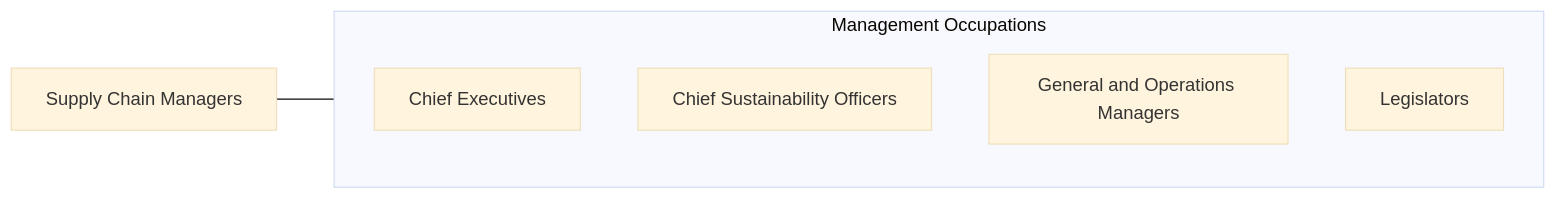
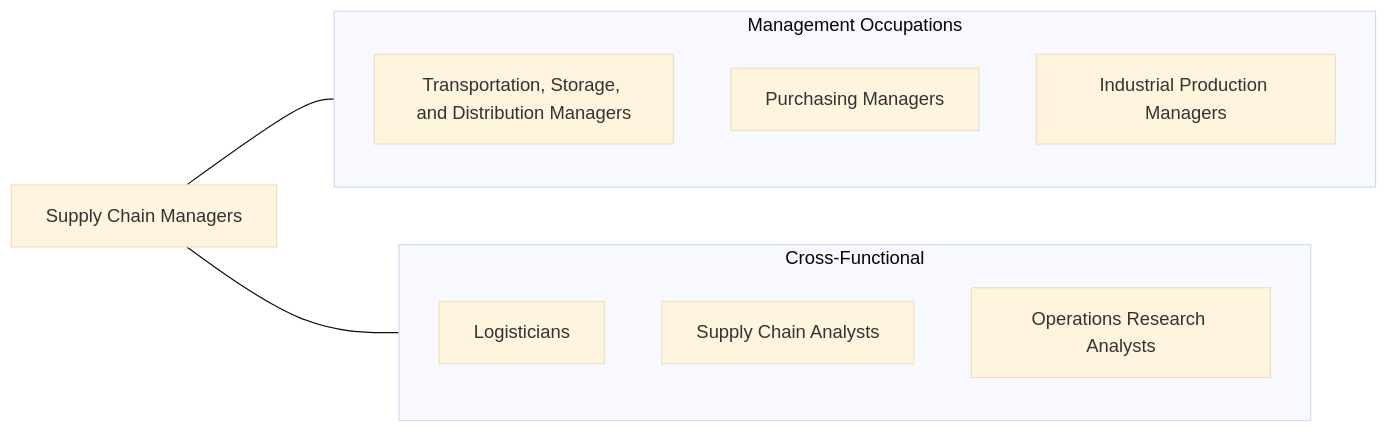
One commit to kziemski/business.org.ai changed the fourth of 4 diagrams in occupations/Management/SupplyChainManagers.mdx. Above: the diagram before and after it, drawn with Mermaid (base theme). The commit also changed other lines of this file and 938 other files, not shown here.

````diff
--- a/occupations/Management/SupplyChainManagers.mdx
+++ b/occupations/Management/SupplyChainManagers.mdx
@@ -116,13 +168,19 @@
 ```mermaid
 graph LR
-    Current["Supply Chain Managers"]
+    SCM["Supply Chain Managers"]
 
     subgraph SameCategory["Management Occupations"]
-        ChiefExecutives["Chief Executives"]
-        ChiefSustainabilityO["Chief Sustainability Officers"]
-        GeneralAndOperations["General and Operations Managers"]
-        Legislators["Legislators"]
+        TSD["Transportation, Storage, and Distribution Managers"]
+        PM["Purchasing Managers"]
+        IPM["Industrial Production Managers"]
     end
 
-    Current --- SameCategory
+    subgraph CrossFunctional["Cross-Functional"]
+        Log["Logisticians"]
+        SCA["Supply Chain Analysts"]
+        OpsR["Operations Research Analysts"]
+    end
+
+    SCM --- SameCategory
+    SCM --- CrossFunctional
 ```
````
